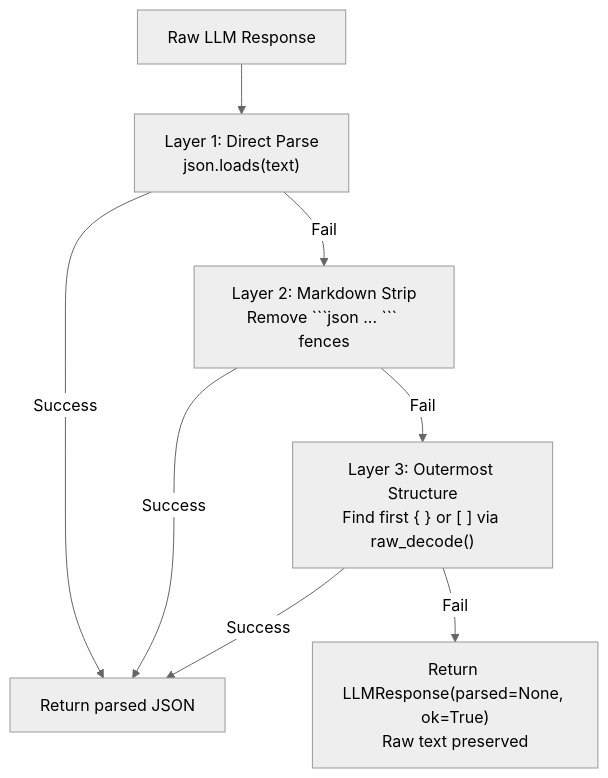
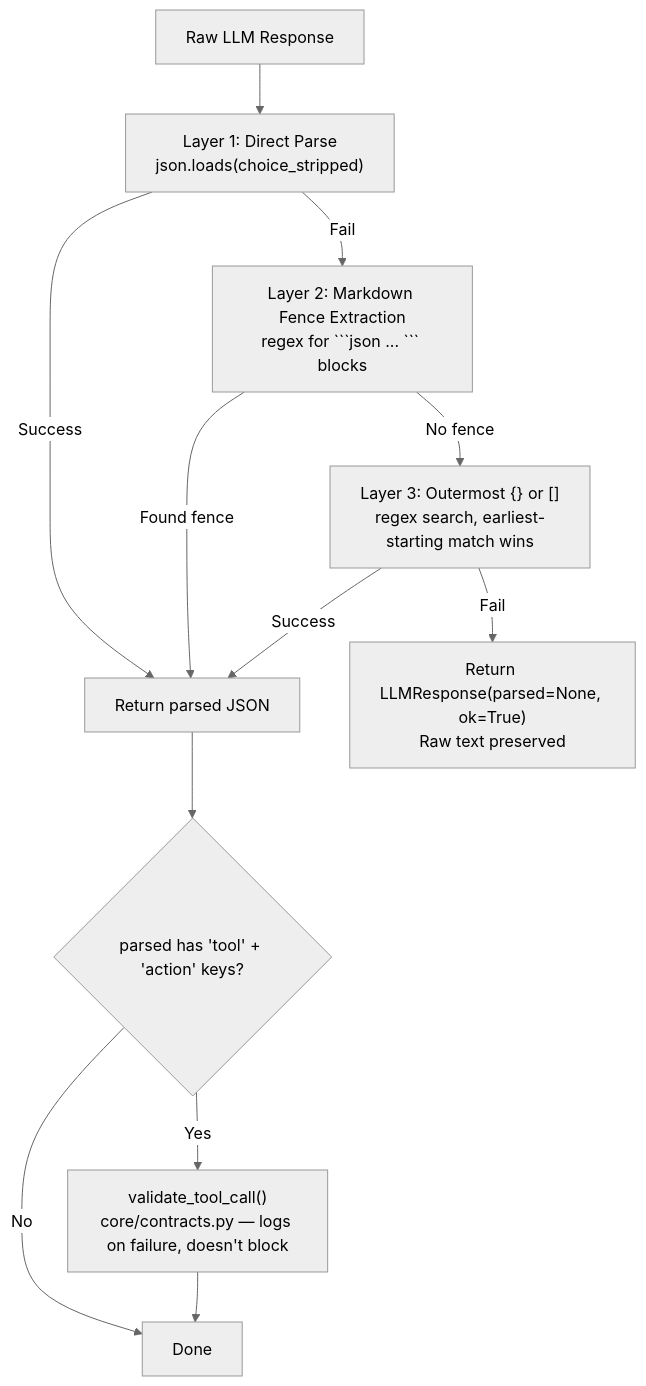
One commit to brunogcar/agent changed the seventh of 7 diagrams in docs/core/LLM.md. Above: the diagram before and after it, drawn with Mermaid (neutral theme). The commit also changed other lines of this file and 12 other files, not shown here.

````diff
--- a/docs/core/LLM.md
+++ b/docs/core/LLM.md
@@ -407,10 +403,14 @@
 ```mermaid
 graph TD
-    A["Raw LLM Response"] --> B["Layer 1: Direct Parse<br/>json.loads(text)"]
+    A["Raw LLM Response"] --> B["Layer 1: Direct Parse<br/>json.loads(choice_stripped)"]
     B -->|Success| C["Return parsed JSON"]
-    B -->|Fail| D["Layer 2: Markdown Strip<br/>Remove ```json ... ``` fences"]
-    D -->|Success| C
-    D -->|Fail| E["Layer 3: Outermost Structure<br/>Find first { } or [ ] via raw_decode()"]
+    B -->|Fail| D["Layer 2: Markdown Fence Extraction<br/>regex for ```json ... ``` blocks"]
+    D -->|Found fence| C
+    D -->|No fence| E["Layer 3: Outermost {} or []<br/>regex search, earliest-starting match wins"]
     E -->|Success| C
     E -->|Fail| F["Return LLMResponse(parsed=None, ok=True)<br/>Raw text preserved"]
+    C --> G{"parsed has 'tool' + 'action' keys?"}
+    G -->|Yes| H["validate_tool_call()<br/>core/contracts.py — logs on failure, doesn't block"]
+    G -->|No| I[Done]
+    H --> I
 ```
````
